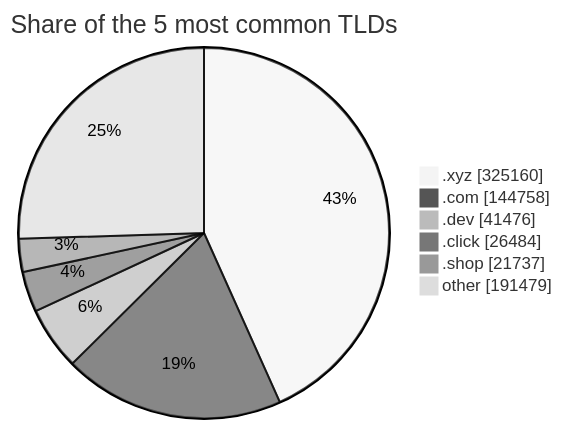
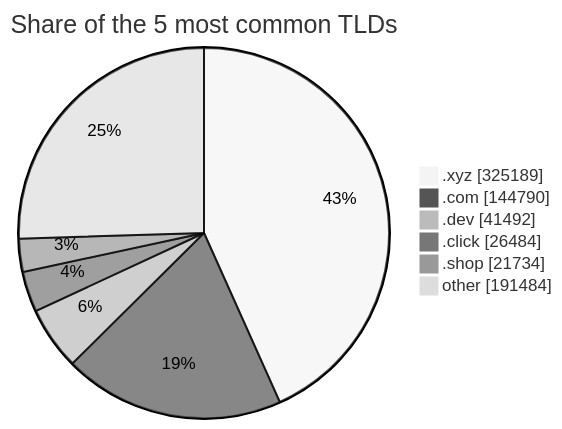
One commit to DNSBunker/CTI changed the third of 3 diagrams in README.md. Above: the diagram before and after it, drawn with Mermaid (neutral theme). The commit also changed other lines of this file and 3 other files, not shown here.

````diff
--- a/README.md
+++ b/README.md
@@ -81,9 +81,9 @@
 ```mermaid
 pie showData title Share of the 5 most common TLDs
-    ".xyz" : 325160
-    ".com" : 144758
-    ".dev" : 41476
+    ".xyz" : 325189
+    ".com" : 144790
+    ".dev" : 41492
     ".click" : 26484
-    ".shop" : 21737
-    "other" : 191479
+    ".shop" : 21734
+    "other" : 191484
 ```
````
